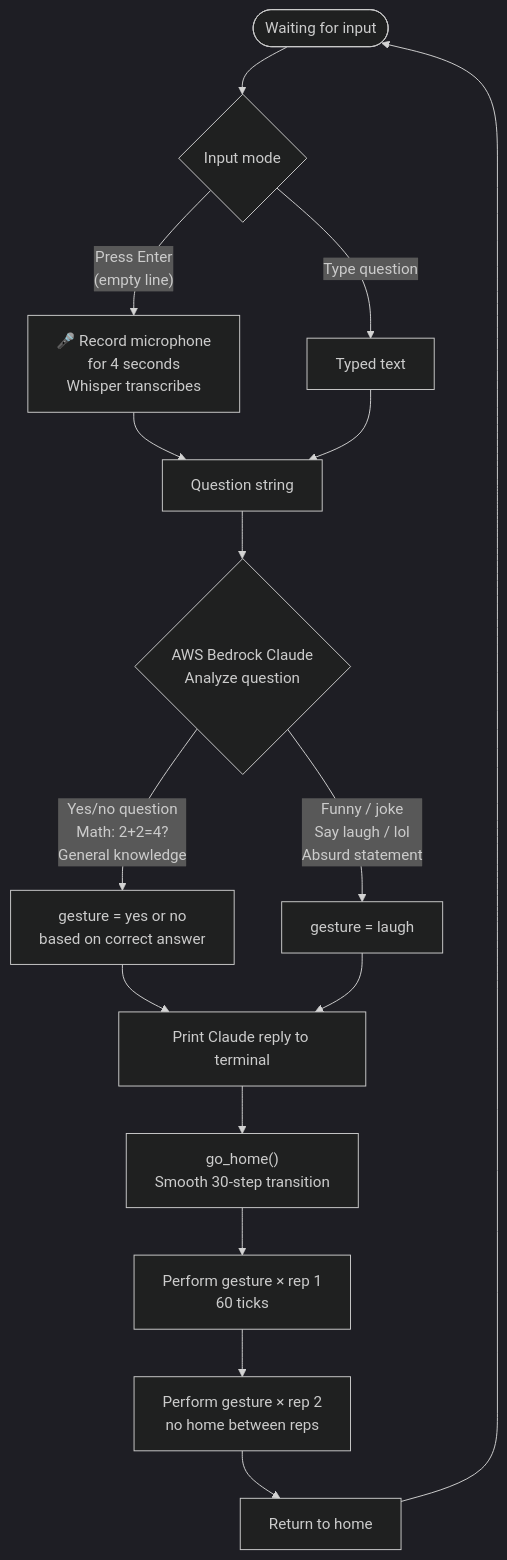
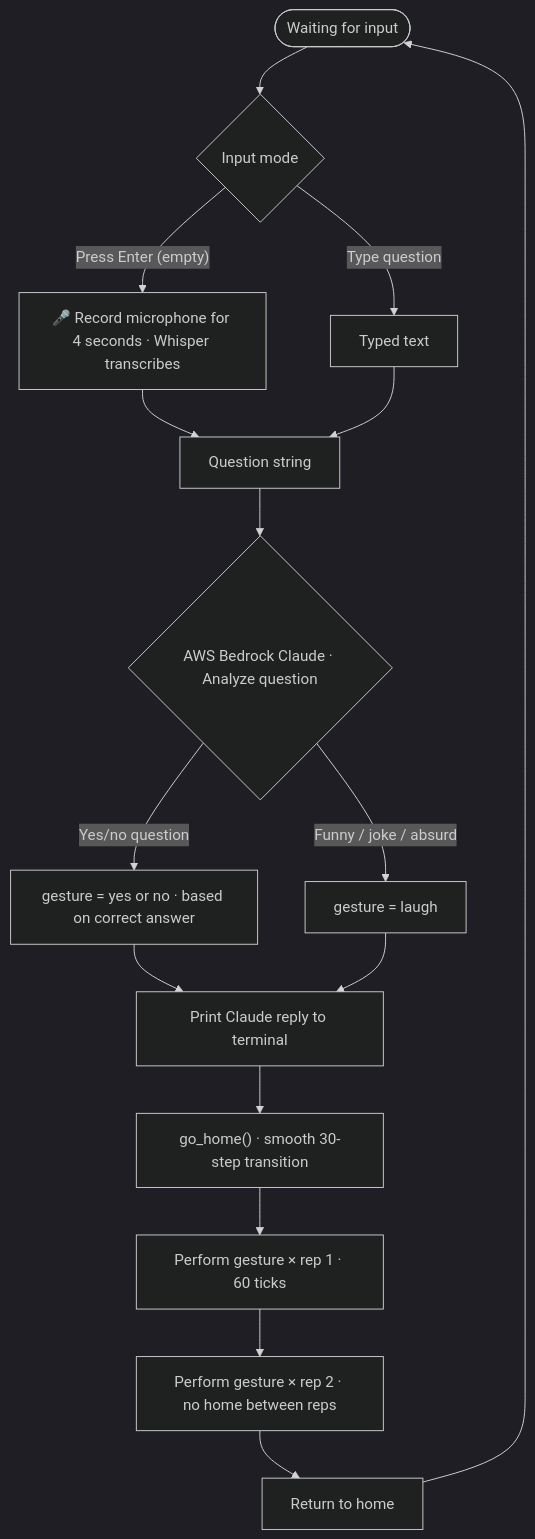
Before and after one commit to tejavadlamudi03/norma-robot: the third of 3 diagrams in README.md, drawn with Mermaid (dark theme). The commit also changed other lines of this file, not shown here.

````diff
--- a/README.md
+++ b/README.md
@@ -479,20 +408,17 @@
 ```mermaid
 flowchart TD
     INPUT([Waiting for input]) --> CHOICE{"Input mode"}
-    CHOICE -->|"Press Enter\n(empty line)"| MIC["🎤 Record microphone\nfor 4 seconds\nWhisper transcribes"]
+    CHOICE -->|"Press Enter (empty)"| MIC["🎤 Record microphone for 4 seconds · Whisper transcribes"]
     CHOICE -->|Type question| TYPED[Typed text]
     MIC --> Q[Question string]
     TYPED --> Q
-
-    Q --> CLAUDE2{"AWS Bedrock Claude\nAnalyze question"}
-
-    CLAUDE2 -->|"Yes/no question\nMath: 2+2=4?\nGeneral knowledge"| YN["gesture = yes or no\nbased on correct answer"]
-    CLAUDE2 -->|"Funny / joke\nSay laugh / lol\nAbsurd statement"| LA[gesture = laugh]
-
+    Q --> CLAUDE2{"AWS Bedrock Claude · Analyze question"}
+    CLAUDE2 -->|"Yes/no question"| YN["gesture = yes or no · based on correct answer"]
+    CLAUDE2 -->|"Funny / joke / absurd"| LA[gesture = laugh]
     YN & LA --> REPLY[Print Claude reply to terminal]
-    REPLY --> HOME3["go_home()\nSmooth 30-step transition"]
-    HOME3 --> REP1["Perform gesture × rep 1\n60 ticks"]
-    REP1 --> REP2["Perform gesture × rep 2\nno home between reps"]
+    REPLY --> HOME3["go_home() · smooth 30-step transition"]
+    HOME3 --> REP1["Perform gesture × rep 1 · 60 ticks"]
+    REP1 --> REP2["Perform gesture × rep 2 · no home between reps"]
     REP2 --> HOME4[Return to home]
     HOME4 --> INPUT
 ```
````
